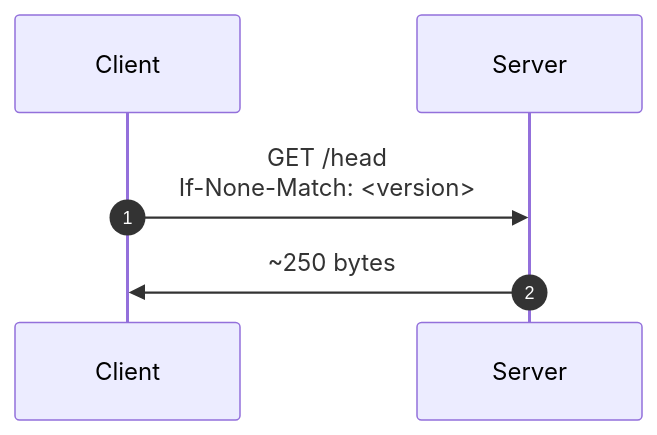
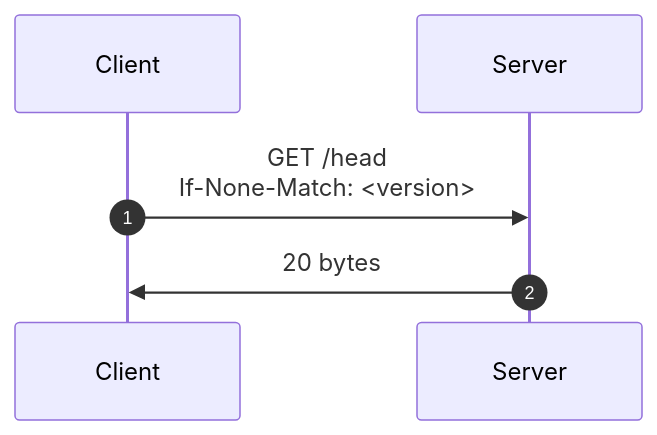
Before and after one commit to bitmeta69/securedrop: the fourth of 4 diagrams in PROPOSAL.md, drawn with Mermaid. The commit also changed other lines of this file, not shown here.

````diff
--- a/PROPOSAL.md
+++ b/PROPOSAL.md
@@ -137,10 +148,10 @@
 ```mermaid
 sequenceDiagram
 autonumber
 
 participant Client
 participant Server
 
 Client ->> Server: GET /head<br>If-None-Match: <version>
-Server ->> Client: ~250 bytes
+Server ->> Client: 20 bytes
 ```
````
